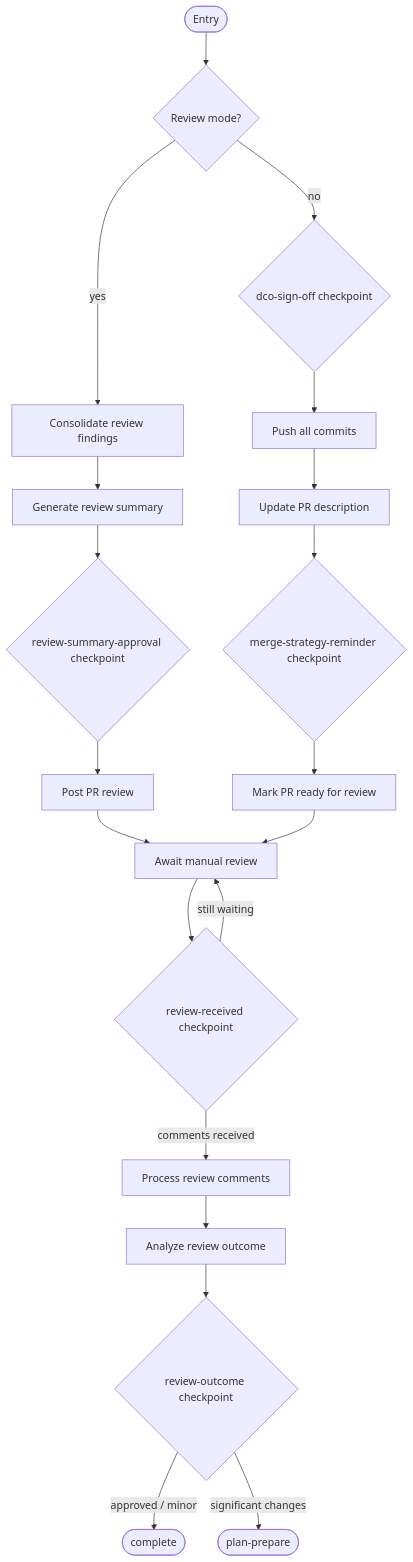
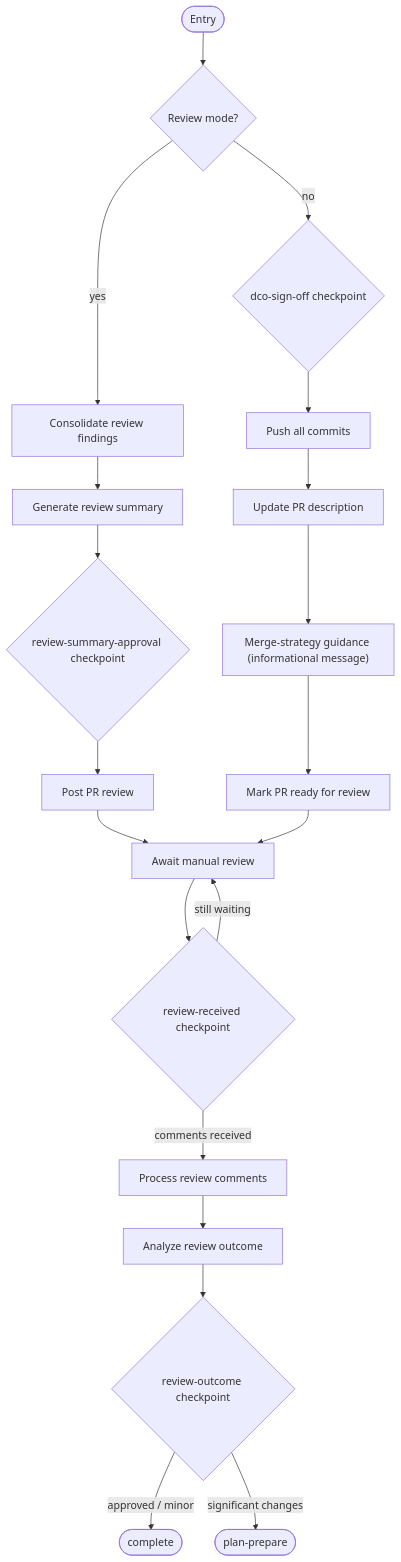
One commit to m2ux/workflow-server changed diagram 14 of 15 in work-package/activities/README.md. Above: the diagram before and after it, drawn with Mermaid. The commit also changed other lines of this file and 4 other files, not shown here.

````diff
--- a/work-package/activities/README.md
+++ b/work-package/activities/README.md
@@ -412,25 +409,25 @@
 ```mermaid
 graph TD
     entryNode(["Entry"]) --> reviewMode{"Review mode?"}
     reviewMode -->|"yes"| consolidate["Consolidate review findings"]
     consolidate --> genSummary["Generate review summary"]
     genSummary --> cpSummaryApproval{"review-summary-approval checkpoint"}
     cpSummaryApproval --> postReview["Post PR review"]
     postReview --> awaitReview
 
     reviewMode -->|"no"| cpDco{"dco-sign-off checkpoint"}
     cpDco --> pushCommits["Push all commits"]
     pushCommits --> updateDesc["Update PR description"]
-    updateDesc --> cpMerge{"merge-strategy-reminder checkpoint"}
-    cpMerge --> markReady["Mark PR ready for review"]
+    updateDesc --> mergeGuidance["Merge-strategy guidance (informational message)"]
+    mergeGuidance --> markReady["Mark PR ready for review"]
     markReady --> awaitReview["Await manual review"]
 
     awaitReview --> cpReceived{"review-received checkpoint"}
     cpReceived -->|"comments received"| processComments["Process review comments"]
     cpReceived -->|"still waiting"| awaitReview
 
     processComments --> analyzeOutcome["Analyze review outcome"]
     analyzeOutcome --> cpOutcome{"review-outcome checkpoint"}
     cpOutcome -->|"approved / minor"| exitComplete(["complete"])
     cpOutcome -->|"significant changes"| exitPlan(["plan-prepare"])
 ```
````
